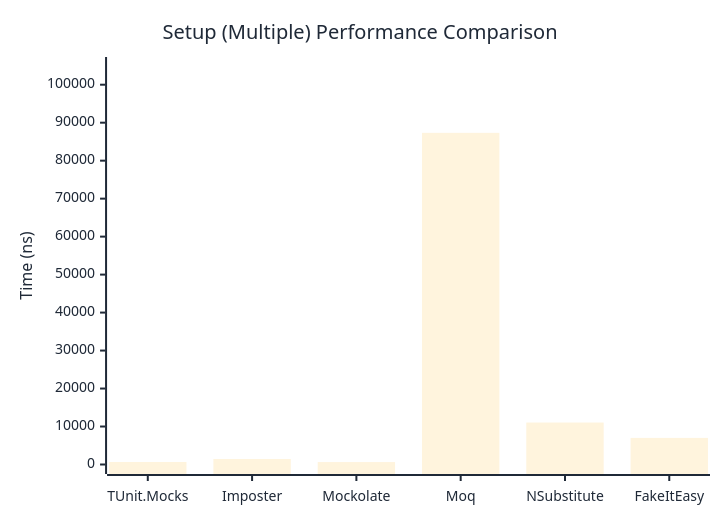
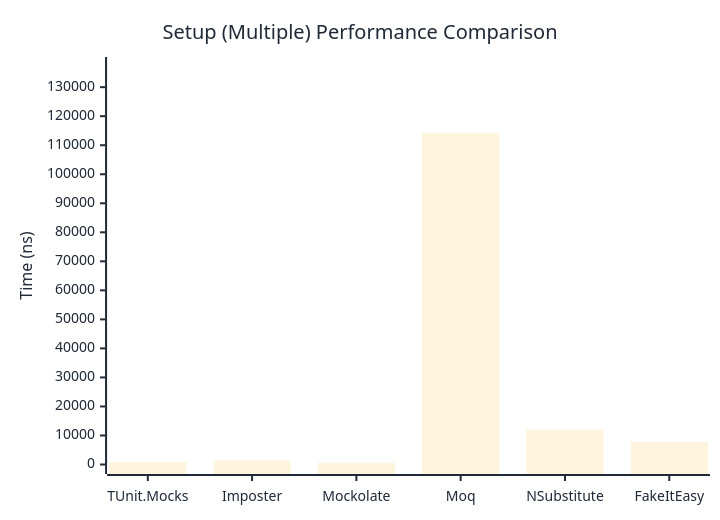
The second of 2 diagrams in docs/docs/benchmarks/mocks/Setup.md (thomhurst/TUnit), drawn with Mermaid before and after one commit. The commit also changed other lines of this file and 14 other files, not shown here.

````diff
--- a/docs/docs/benchmarks/mocks/Setup.md
+++ b/docs/docs/benchmarks/mocks/Setup.md
@@ -69,27 +69,27 @@
 ```mermaid
 %%{init: {
   'theme':'base',
   'themeVariables': {
     'primaryColor': '#2563eb',
     'primaryTextColor': '#1f2937',
     'primaryBorderColor': '#1e40af',
     'lineColor': '#6b7280',
     'secondaryColor': '#7c3aed',
     'tertiaryColor': '#dc2626',
     'background': '#ffffff',
     'pie1': '#2563eb',
     'pie2': '#7c3aed',
     'pie3': '#dc2626',
     'pie4': '#f59e0b',
     'pie5': '#10b981',
     'pie6': '#06b6d4',
     'pie7': '#ec4899',
     'pie8': '#6366f1'
   }
 }}%%
 xychart-beta
   title "Setup (Multiple) Performance Comparison"
   x-axis ["TUnit.Mocks", "Imposter", "Mockolate", "Moq", "NSubstitute", "FakeItEasy"]
-  y-axis "Time (ns)" 0 --> 104793
-  bar [655.5, 1453.2, 637.3, 87327.3, 11046.9, 7002.1]
+  y-axis "Time (ns)" 0 --> 137123
+  bar [808.3, 1376.7, 557.6, 114269, 12098.6, 7797.7]
 ```
````
